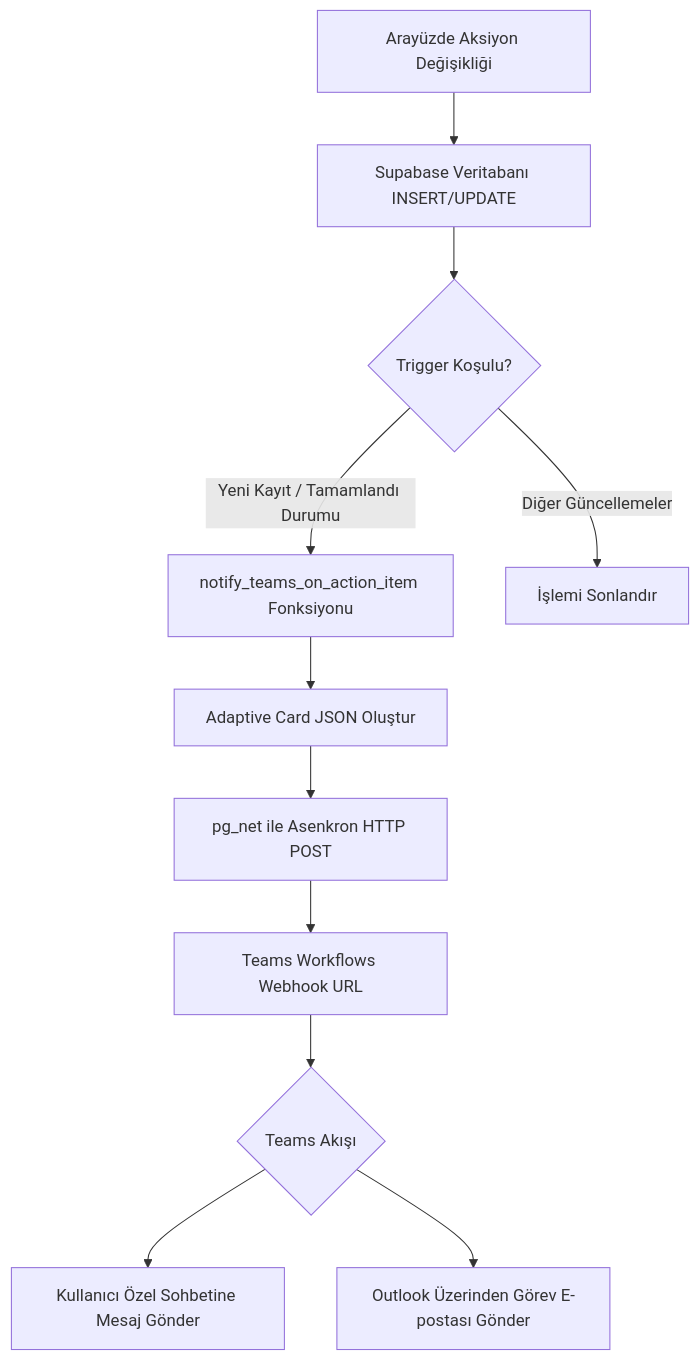
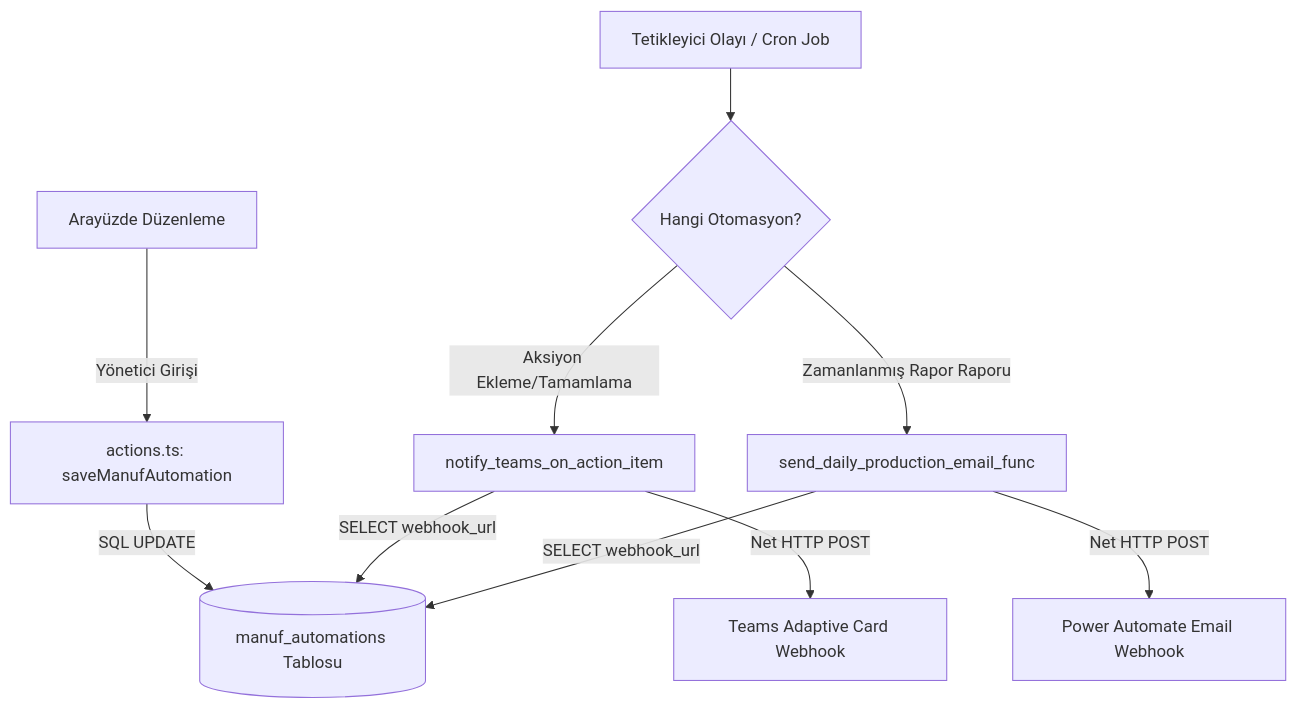
One commit to sgtdali/ManufUI changed the diagram in wiki/systems/teams-entegrasyonu.md. Above: the diagram before and after it, drawn with Mermaid. The commit also changed other lines of this file and 5 other files, not shown here.

````diff
--- a/wiki/systems/teams-entegrasyonu.md
+++ b/wiki/systems/teams-entegrasyonu.md
@@ -14,13 +14,15 @@
 ```mermaid
 flowchart TD
-    A[Arayüzde Aksiyon Değişikliği] --> B[Supabase Veritabanı INSERT/UPDATE]
-    B --> C{Trigger Koşulu?}
-    C -->|Yeni Kayıt / Tamamlandı Durumu| D[notify_teams_on_action_item Fonksiyonu]
-    C -->|Diğer Güncellemeler| E[İşlemi Sonlandır]
-    D --> F[Adaptive Card JSON Oluştur]
-    F --> G[pg_net ile Asenkron HTTP POST]
-    G --> H[Teams Workflows Webhook URL]
-    H --> I{Teams Akışı}
-    I --> J[Kullanıcı Özel Sohbetine Mesaj Gönder]
-    I --> K[Outlook Üzerinden Görev E-postası Gönder]
+    A[Arayüzde Düzenleme] -->|Yönetici Girişi| B[actions.ts: saveManufAutomation]
+    B -->|SQL UPDATE| C[(manuf_automations Tablosu)]
+    
+    D[Tetikleyici Olayı / Cron Job] --> E{Hangi Otomasyon?}
+    E -->|Aksiyon Ekleme/Tamamlama| F[notify_teams_on_action_item]
+    E -->|Zamanlanmış Rapor Raporu| G[send_daily_production_email_func]
+    
+    F -->|SELECT webhook_url| C
+    G -->|SELECT webhook_url| C
+    
+    F -->|Net HTTP POST| H[Teams Adaptive Card Webhook]
+    G -->|Net HTTP POST| I[Power Automate Email Webhook]
 ```
````
